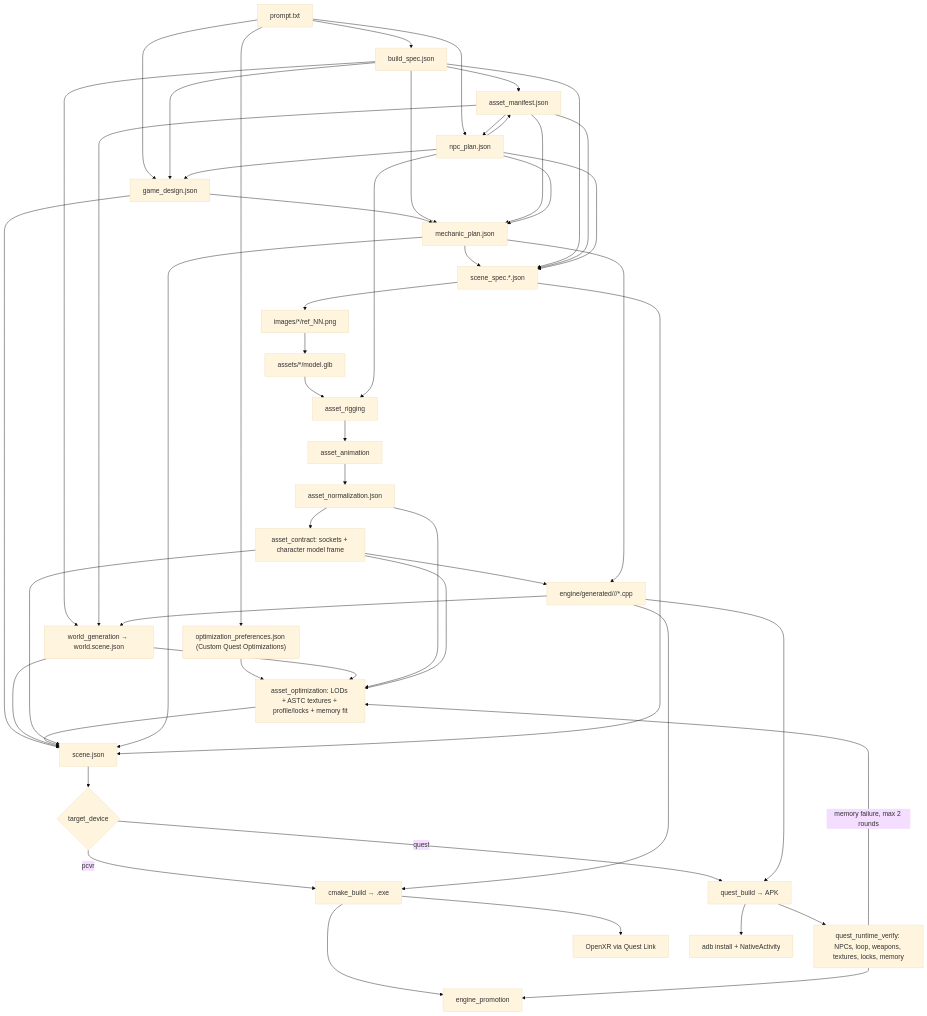
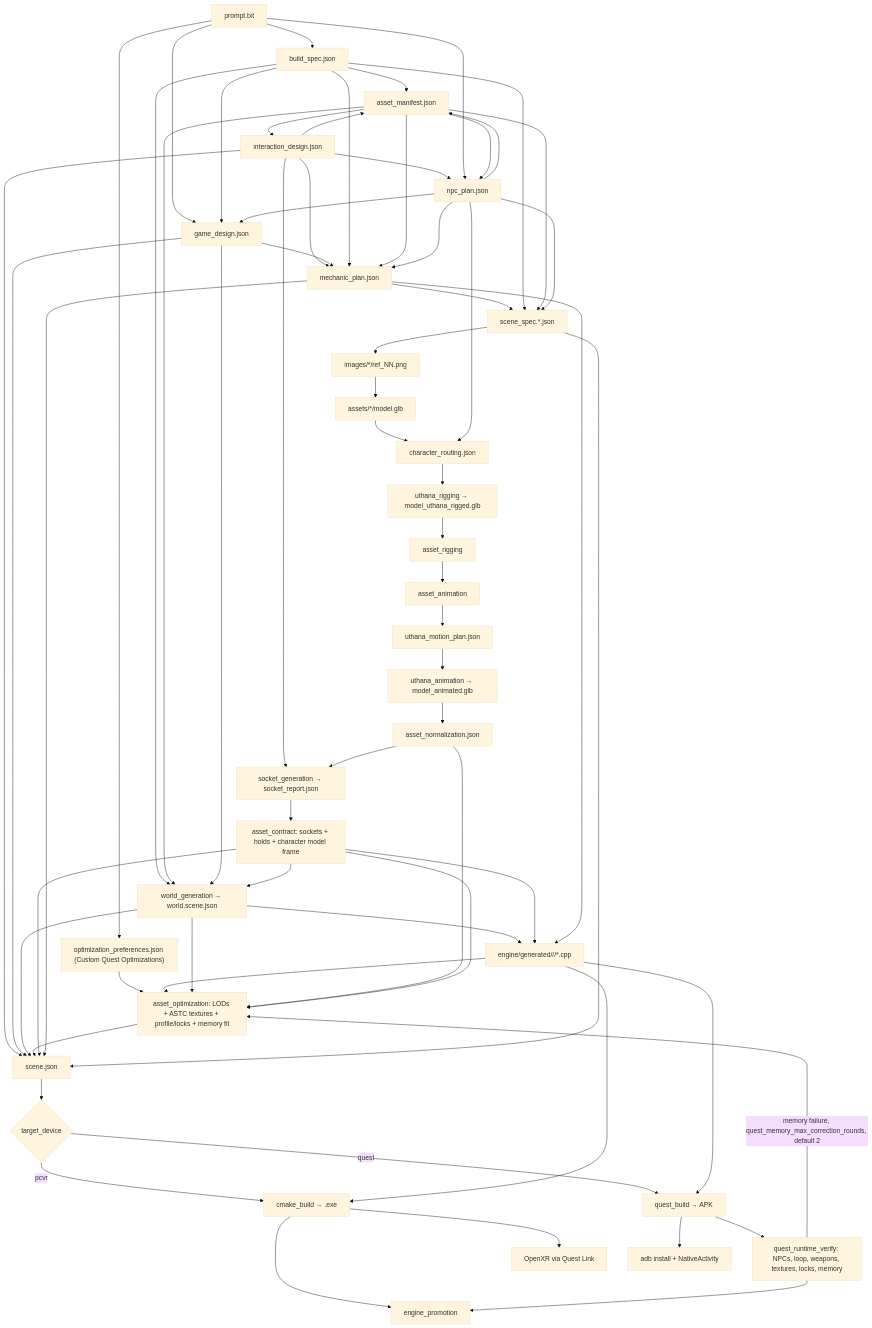
One commit to FriimanTech/Prompt-To-VR changed the diagram in docs/architecture.md. Above: the diagram before and after it, drawn with Mermaid (base theme). The commit also changed other lines of this file and 76 other files, not shown here.

````diff
--- a/docs/architecture.md
+++ b/docs/architecture.md
@@ -46,53 +47,67 @@
 ```mermaid
 flowchart TD
   Prompt[prompt.txt] --> BuildSpec[build_spec.json]
   Prompt --> OptPrefs["optimization_preferences.json (Custom Quest Optimizations)"]
   OptPrefs --> Optimize
   BuildSpec --> AssetManifest[asset_manifest.json]
+  AssetManifest --> Interaction[interaction_design.json]
+  Interaction --> AssetManifest
+  Interaction --> NpcPlan
+  Interaction --> MechanicPlan
+  Interaction --> Sockets
+  Interaction --> SceneCompile
   Prompt --> NpcPlan[npc_plan.json]
   AssetManifest --> NpcPlan
   NpcPlan --> AssetManifest
   Prompt --> GameDesign[game_design.json]
   BuildSpec --> GameDesign
   NpcPlan --> GameDesign
   GameDesign --> MechanicPlan
   GameDesign --> SceneCompile
   BuildSpec --> MechanicPlan[mechanic_plan.json]
   AssetManifest --> MechanicPlan
   NpcPlan --> MechanicPlan
   MechanicPlan --> SceneSpec[scene_spec.*.json]
   BuildSpec --> SceneSpec
   AssetManifest --> SceneSpec
   NpcPlan --> SceneSpec
   SceneSpec --> Refs[images/*/ref_NN.png]
   Refs --> Tripo[assets/*/model.glb]
-  Tripo --> Rigging[asset_rigging]
+  Tripo --> Routing[character_routing.json]
+  NpcPlan --> Routing
+  Routing --> UthanaRig["uthana_rigging → model_uthana_rigged.glb"]
+  UthanaRig --> Rigging[asset_rigging]
   Rigging --> Animation[asset_animation]
-  Animation --> Normalize[asset_normalization.json]
-  NpcPlan --> Rigging
-  Normalize --> Contract["asset_contract: sockets + character model frame"]
+  Animation --> UthanaPlan[uthana_motion_plan.json]
+  UthanaPlan --> UthanaAnim["uthana_animation → model_animated.glb"]
+  UthanaAnim --> Normalize[asset_normalization.json]
+  Normalize --> Sockets["socket_generation → socket_report.json"]
+  Sockets --> Contract["asset_contract: sockets + holds + character model frame"]
+  BuildSpec --> WorldGen
+  AssetManifest --> WorldGen
+  GameDesign --> WorldGen
+  Contract --> WorldGen[world_generation → world.scene.json]
+  WorldGen --> CppGen
   Contract --> CppGen
   MechanicPlan --> CppGen["engine/generated/<kind>/<project_id>/*.cpp"]
-  BuildSpec --> WorldGen
-  AssetManifest --> WorldGen
-  CppGen --> WorldGen[world_generation → world.scene.json]
-  WorldGen --> Optimize["asset_optimization: LODs + ASTC textures + profile/locks + memory fit"]
+  CppGen --> Optimize["asset_optimization: LODs + ASTC textures + profile/locks + memory fit"]
+  WorldGen --> Optimize
   Normalize --> Optimize
   Contract --> Optimize
   WorldGen --> SceneCompile[scene.json]
   Optimize --> SceneCompile
   Contract --> SceneCompile
   MechanicPlan --> SceneCompile
   SceneSpec --> SceneCompile
   SceneCompile --> BuildTail{target_device}
   BuildTail -->|pcvr| CMake[cmake_build → .exe]
   BuildTail -->|quest| QuestApk[quest_build → APK]
   CppGen --> CMake
   CppGen --> QuestApk
   CMake --> Promote[engine_promotion]
   QuestApk --> QuestVerify["quest_runtime_verify: NPCs, loop, weapons, textures, locks, memory"]
-  QuestVerify -->|memory failure, max 2 rounds| Optimize
+  QuestVerify -->|memory failure, quest_memory_max_correction_rounds, default 2| Optimize
   QuestVerify --> Promote
   CMake --> Launch[OpenXR via Quest Link]
   QuestApk --> AdbLaunch[adb install + NativeActivity]
 ```
````
